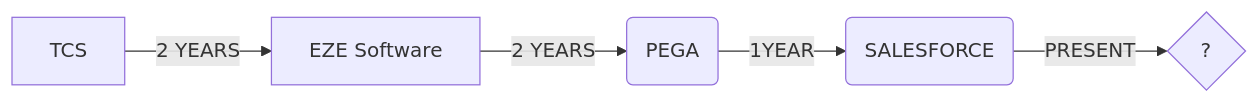
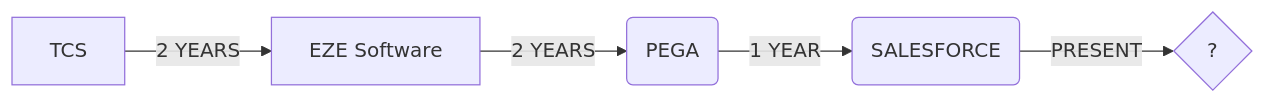
One commit to vydyas/vydyas changed the diagram in README.md. Above: the diagram before and after it, drawn with Mermaid.

````diff
--- a/README.md
+++ b/README.md
@@ -15,6 +15,6 @@
 ```mermaid
 graph LR
 A[TCS] -- 2 YEARS --> B[EZE Software]
 B -- 2 YEARS--> C(PEGA)
-C -- 1YEAR --> D(SALESFORCE) -- PRESENT -->E{?} 
+C -- 1 YEAR --> D(SALESFORCE) -- PRESENT -->E{?} 
 ```
````
